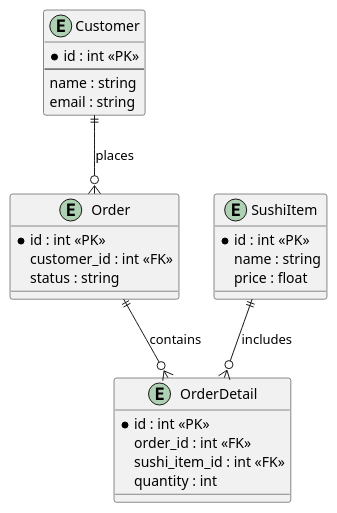
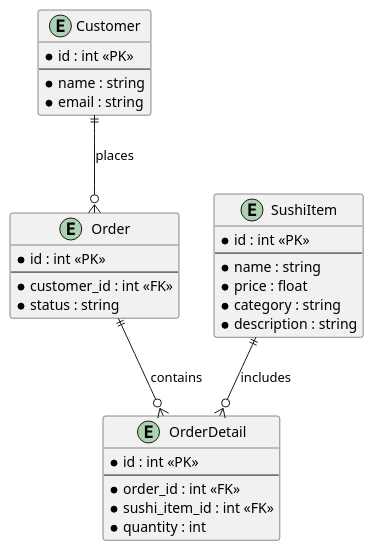
Before and after one commit to takahashidan85/sushi-restaurant-management: the diagram in docs/erd.puml, drawn with PlantUML. The commit also changed 3 other files, not shown here.

Commit message:
update diagrams

```diff
--- a/docs/erd.puml
+++ b/docs/erd.puml
@@ -1,33 +1,38 @@
-@startuml ERD_SushiRestaurant
+@startuml ERD
 
-entity "Customer" as customer {
-    *id : int <<PK>>
-    --
-    name : string
-    email : string
+entity "Customer" {
+  * id : int <<PK>>
+  --
+  * name : string
+  * email : string
 }
 
-entity "Order" as order {
-    *id : int <<PK>>
-    customer_id : int <<FK>>
-    status : string
+entity "SushiItem" {
+  * id : int <<PK>>
+  --
+  * name : string
+  * price : float
+  * category : string
+  * description : string
 }
 
-entity "SushiItem" as sushi_item {
-    *id : int <<PK>>
-    name : string
-    price : float
+entity "Order" {
+  * id : int <<PK>>
+  --
+  * customer_id : int <<FK>>
+  * status : string
 }
 
-entity "OrderDetail" as order_detail {
-    *id : int <<PK>>
-    order_id : int <<FK>>
-    sushi_item_id : int <<FK>>
-    quantity : int
+entity "OrderDetail" {
+  * id : int <<PK>>
+  --
+  * order_id : int <<FK>>
+  * sushi_item_id : int <<FK>>
+  * quantity : int
 }
 
-customer ||--o{ order : places
-order ||--o{ order_detail : contains
-sushi_item ||--o{ order_detail : includes
+Customer ||--o{ Order : places
+Order ||--o{ OrderDetail : contains
+SushiItem ||--o{ OrderDetail : includes
 
 @enduml
```
